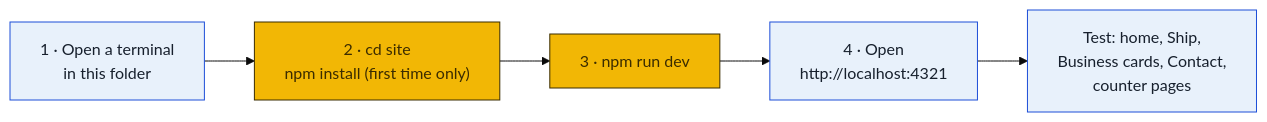
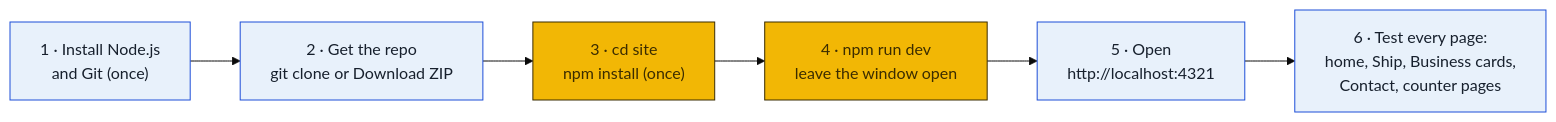
One commit to wbp318/goin-postal-forsythe changed the first of 29 diagrams in README.md. Above: the diagram before and after it, drawn with Mermaid (base theme). The commit also changed other lines of this file, not shown here.

Commit message:
README: full walkthrough for running the site locally, with checks and fixes

````diff
--- a/README.md
+++ b/README.md
@@ -13,10 +13,11 @@
 ```mermaid
 flowchart LR
-  A["1 · Open a terminal<br/>in this folder"]:::you --> B["2 · cd site<br/>npm install (first time only)"]:::local
-  B --> C["3 · npm run dev"]:::local
-  C --> D["4 · Open<br/>http://localhost:4321"]:::you
-  D --> E["Test: home, Ship,<br/>Business cards, Contact,<br/>counter pages"]:::you
+  A["1 · Install Node.js<br/>and Git (once)"]:::you --> B["2 · Get the repo<br/>git clone or Download ZIP"]:::you
+  B --> C["3 · cd site<br/>npm install (once)"]:::local
+  C --> D["4 · npm run dev<br/>leave the window open"]:::local
+  D --> E["5 · Open<br/>http://localhost:4321"]:::you
+  E --> F["6 · Test every page:<br/>home, Ship, Business cards,<br/>Contact, counter pages"]:::you
   classDef local fill:#f2b705,stroke:#3b2c00,color:#3b2c00
   classDef cloud fill:#0f1d3a,stroke:#0f1d3a,color:#ffffff
   classDef you fill:#e8f1fb,stroke:#1d4ed8,color:#17202d
 ```
````
